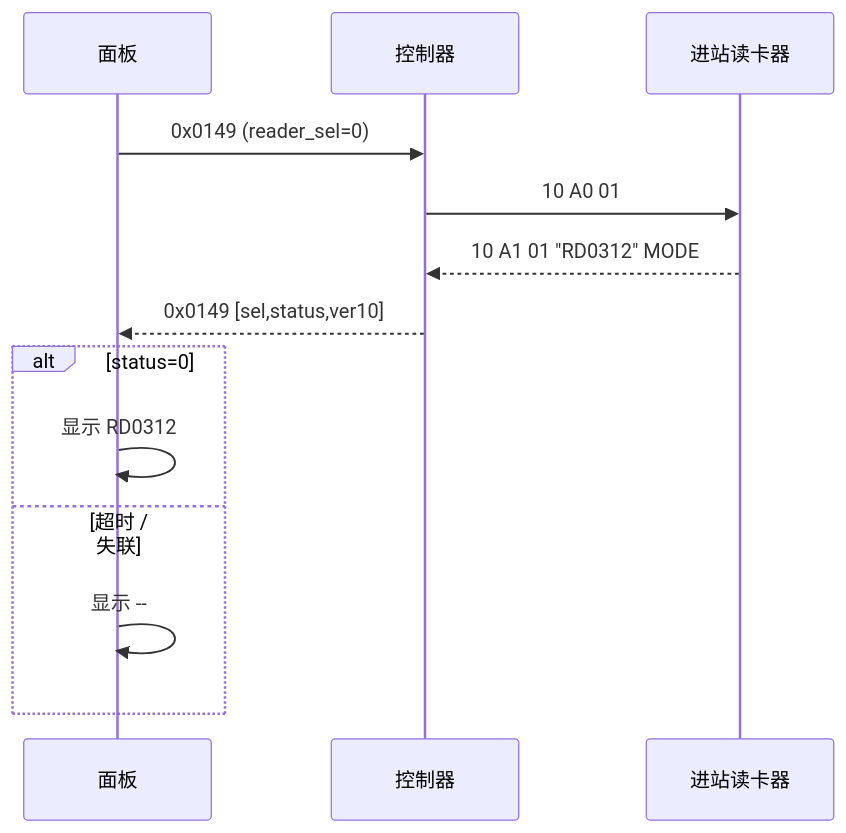
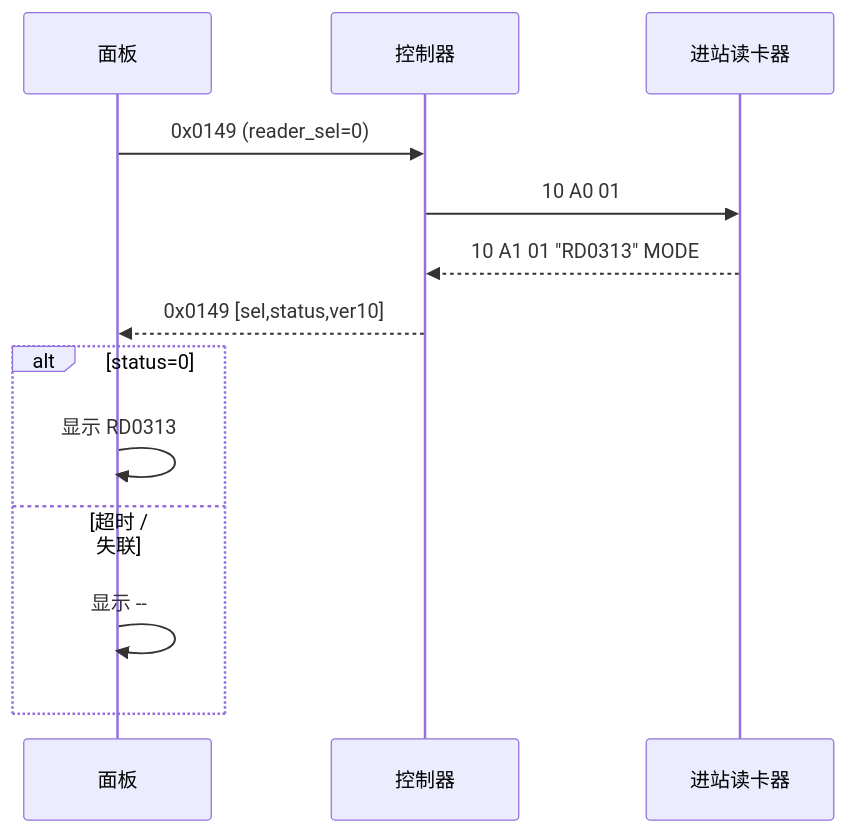
The diagram in 工作/吊挂操作面板/261030吊挂操作面板维护.md (Siaiai/ObsidianNote), drawn with Mermaid before and after one commit. The commit also changed other lines of this file and 2 other files, not shown here.

````diff
--- a/工作/吊挂操作面板/261030吊挂操作面板维护.md
+++ b/工作/吊挂操作面板/261030吊挂操作面板维护.md
@@ -98,15 +98,15 @@
 ```mermaid
 sequenceDiagram
     participant P as 面板
     participant C as 控制器
     participant R as 进站读卡器
     P->>C: 0x0149 (reader_sel=0)
     C->>R: 10 A0 01
-    R-->>C: 10 A1 01 "RD0312" MODE
+    R-->>C: 10 A1 01 "RD0313" MODE
     C-->>P: 0x0149 [sel,status,ver10]
     alt status=0
-        P->>P: 显示 RD0312
+        P->>P: 显示 RD0313
     else 超时 / 失联
         P->>P: 显示 --
     end
 ```
````
